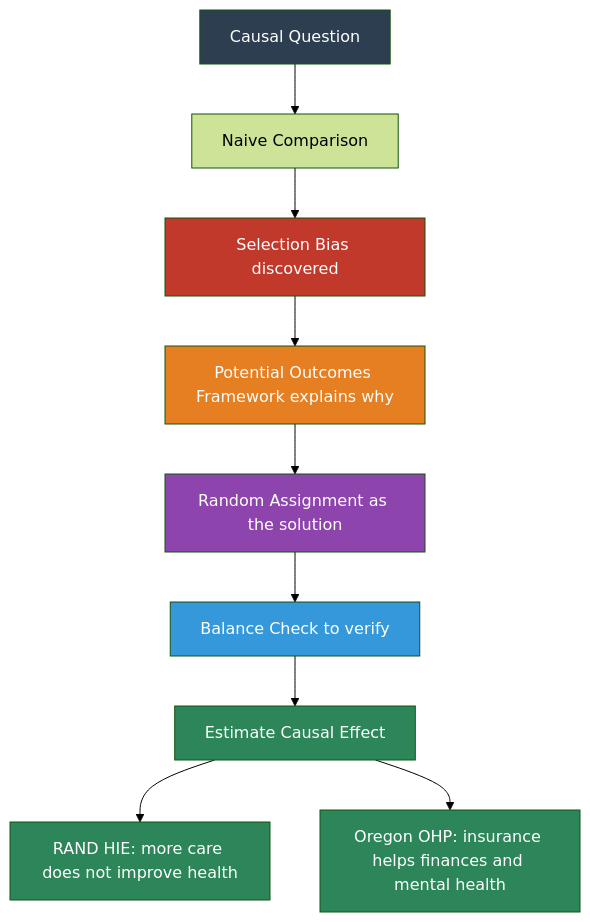
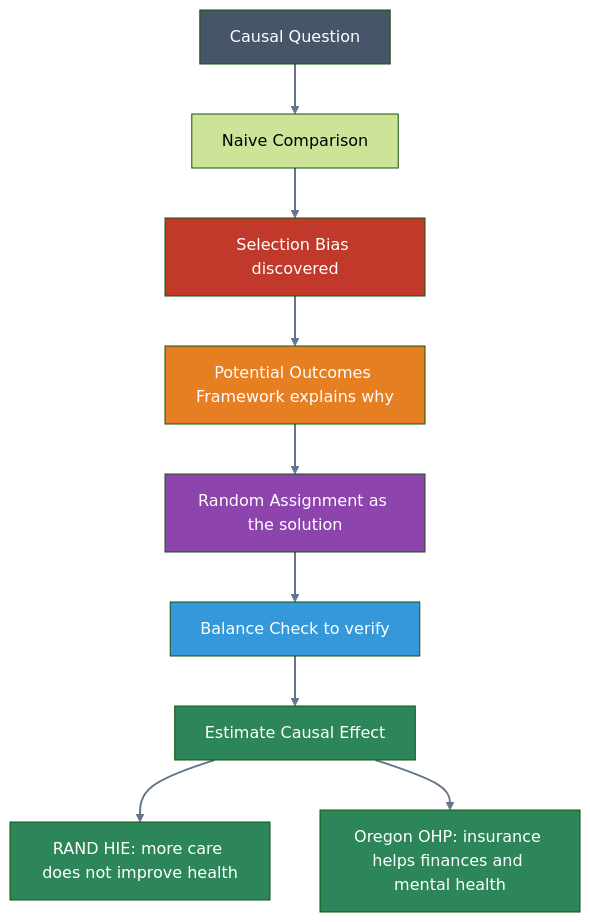
Before and after one commit to cmg777/intro2causal: the sixth of 6 diagrams in notebooks_quarto/01-randomized-trials.qmd, drawn with Mermaid (forest theme). The commit also changed other lines of this file and 17 other files, not shown here.

````diff
--- a/notebooks_quarto/01-randomized-trials.qmd
+++ b/notebooks_quarto/01-randomized-trials.qmd
@@ -983,23 +948,24 @@
 ```{mermaid}
 %%| label: fig-concept-map
 %%| fig-cap: "How the key concepts of Chapter 1 connect."
 
 graph TD
     Q["Causal Question"] --> NC["Naive Comparison"]
     NC --> SB["Selection Bias discovered"]
     SB --> PO["Potential Outcomes Framework explains why"]
     PO --> RA["Random Assignment as the solution"]
     RA --> BC["Balance Check to verify"]
     BC --> TE["Estimate Causal Effect"]
     TE --> R["RAND HIE: more care does not improve health"]
     TE --> O["Oregon OHP: insurance helps finances and mental health"]
 
-    style Q fill:#2c3e50,color:#fff
+    style Q fill:#475569,color:#fff
     style SB fill:#c0392b,color:#fff
     style PO fill:#e67e22,color:#fff
     style RA fill:#8e44ad,color:#fff
     style BC fill:#3498db,color:#fff
     style TE fill:#2d8659,color:#fff
     style R fill:#2d8659,color:#fff
     style O fill:#2d8659,color:#fff
+    linkStyle default stroke:#64748b,stroke-width:2px
 ```
````
